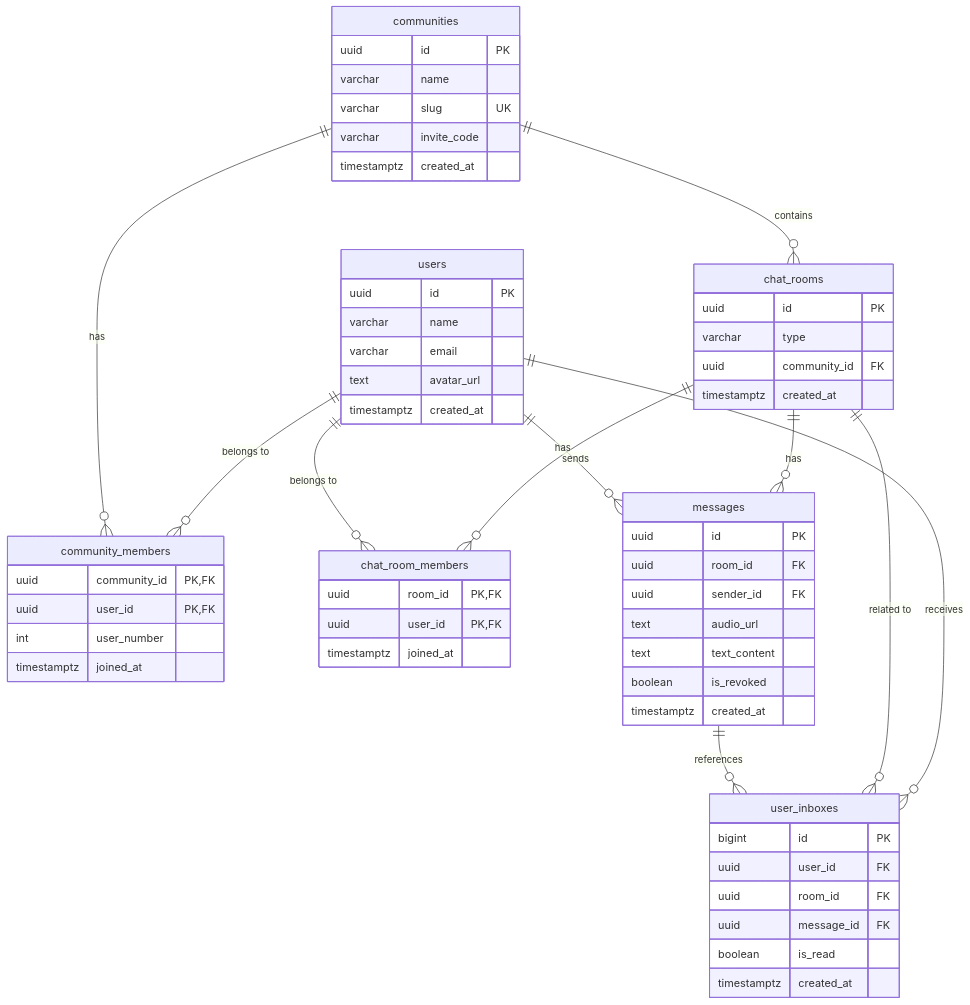
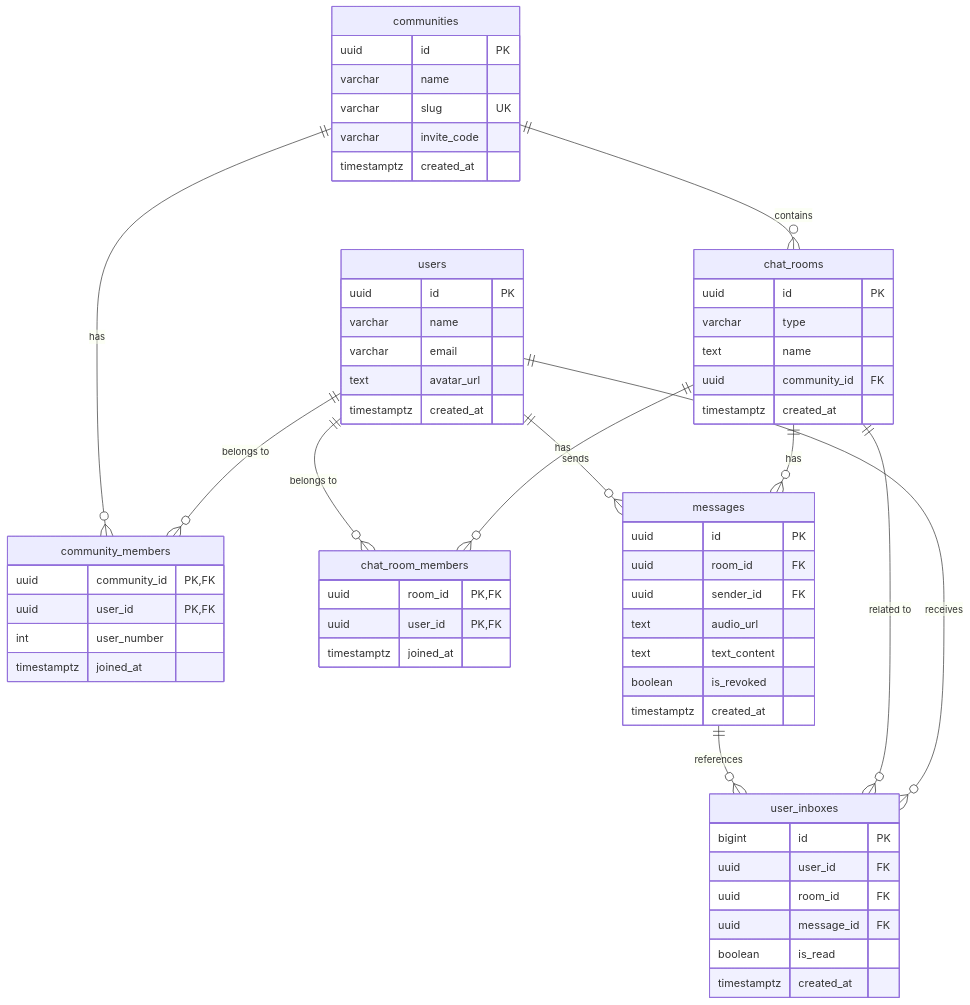
One commit to jun8k2003/Chatransceiver changed the diagram in docs/database_design.md. Above: the diagram before and after it, drawn with Mermaid. The commit also changed other lines of this file and 4 other files, not shown here.

````diff
--- a/docs/database_design.md
+++ b/docs/database_design.md
@@ -7,68 +7,69 @@
 ```mermaid
 erDiagram
     users {
         uuid id PK
         varchar name
         varchar email
         text avatar_url
         timestamptz created_at
     }
 
     communities {
         uuid id PK
         varchar name
         varchar slug UK
         varchar invite_code
         timestamptz created_at
     }
 
     community_members {
         uuid community_id PK, FK
         uuid user_id PK, FK
         int user_number
         timestamptz joined_at
     }
 
     chat_rooms {
         uuid id PK
         varchar type
+        text name
         uuid community_id FK
         timestamptz created_at
     }
 
     chat_room_members {
         uuid room_id PK, FK
         uuid user_id PK, FK
         timestamptz joined_at
     }
 
     messages {
         uuid id PK
         uuid room_id FK
         uuid sender_id FK
         text audio_url
         text text_content
         boolean is_revoked
         timestamptz created_at
     }
 
     user_inboxes {
         bigint id PK
         uuid user_id FK
         uuid room_id FK
         uuid message_id FK
         boolean is_read
         timestamptz created_at
     }
 
     users ||--o{ community_members : "belongs to"
     communities ||--o{ community_members : "has"
     communities ||--o{ chat_rooms : "contains"
     chat_rooms ||--o{ chat_room_members : "has"
     users ||--o{ chat_room_members : "belongs to"
     chat_rooms ||--o{ messages : "has"
     users ||--o{ messages : "sends"
     users ||--o{ user_inboxes : "receives"
     chat_rooms ||--o{ user_inboxes : "related to"
     messages ||--o{ user_inboxes : "references"
 ```
````
